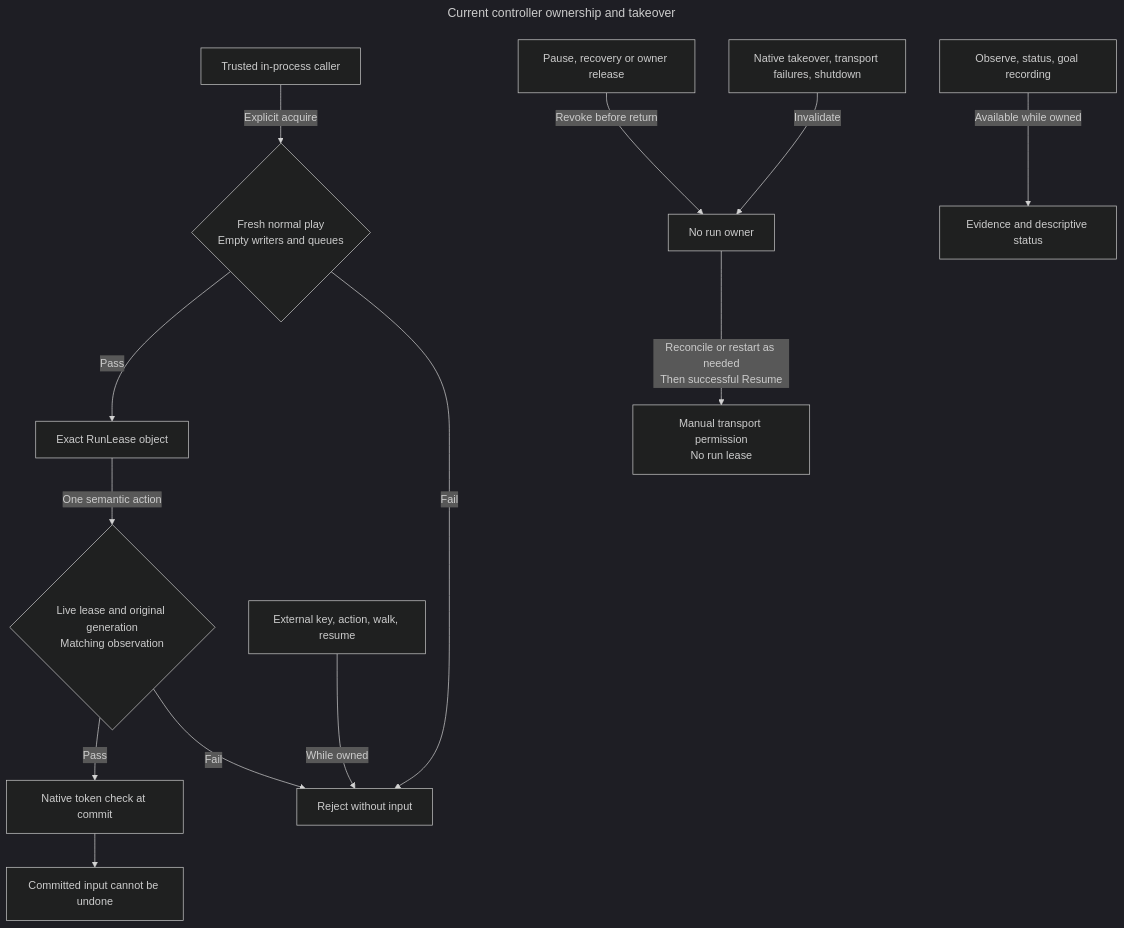
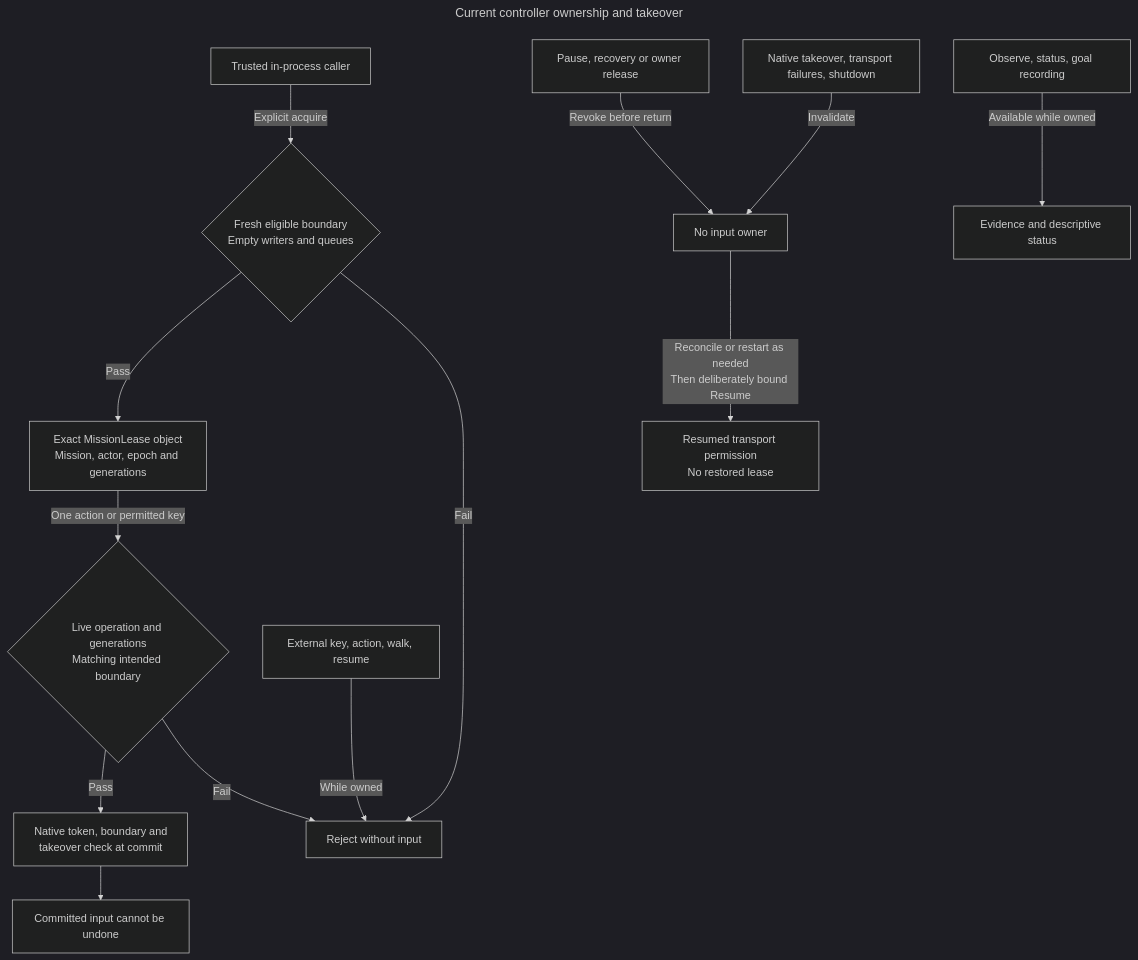
The diagram in docs/diagrams/run-ownership.mmd (CVX-Hull/enactive), drawn with Mermaid (dark theme) before and after one commit. The commit also changed 37 other files, not shown here.

Commit message:
Migrate mission authority and retained boundary evidence to wire4

```diff
--- a/docs/diagrams/run-ownership.mmd
+++ b/docs/diagrams/run-ownership.mmd
@@ -1,18 +1,18 @@
 ---
 title: Current controller ownership and takeover
 ---
 flowchart TD
-  accTitle: One run owns input until revoked
-  accDescr: A trusted caller acquires a process-local capability only with fresh normal-play evidence and empty queues. Its semantic action rechecks lease, admission generation and observed native authority. Competing external input is rejected. Observe, status and goal recording remain available. Pause and recovery revoke ownership, and native takeover, transport failures and shutdown invalidate it. Resume does not reacquire. Native commit cannot be undone. The run service is the trusted caller for explicitly admitted gameplay tasks.
-  Caller[Trusted in-process caller] -->|Explicit acquire| Gate{Fresh normal play<br/>Empty writers and queues}
-  Gate -->|Pass| Lease[Exact RunLease object]
+  accTitle: One mission operation owns input until revoked
+  accDescr: A trusted caller acquires a process-local capability only with fresh evidence eligible for its operation and empty queues. Navigation requires normal play; interaction and lifecycle can use supported menus. Each action or key rechecks the exact lease, host Pause and native takeover generations, and intended session/revision/boundary. Competing external input is rejected. Observe, status and goal recording remain available. Pause and recovery revoke ownership, and native takeover, transport failures and shutdown invalidate it. Resume does not reacquire. Native commit cannot be undone. The trusted runtime must separately admit the operation and lifecycle continuation; controller capability alone is not autonomous play.
+  Caller[Trusted in-process caller] -->|Explicit acquire| Gate{Fresh eligible boundary<br/>Empty writers and queues}
+  Gate -->|Pass| Lease[Exact MissionLease object<br/>Mission, actor, epoch and generations]
   Gate -->|Fail| Reject[Reject without input]
-  Lease -->|One semantic action| Check{Live lease and original generation<br/>Matching observation}
-  Check -->|Pass| Native[Native token check at commit]
+  Lease -->|One action or permitted key| Check{Live operation and generations<br/>Matching intended boundary}
+  Check -->|Pass| Native[Native token, boundary and<br/>takeover check at commit]
   Check -->|Fail| Reject
   External[External key, action, walk, resume] -->|While owned| Reject
-  Operator[Pause, recovery or owner release] -->|Revoke before return| Revoke[No run owner]
+  Operator[Pause, recovery or owner release] -->|Revoke before return| Revoke[No input owner]
   Invalidate[Native takeover, transport failures, shutdown] -->|Invalidate| Revoke
-  Revoke -->|Reconcile or restart as needed<br/>Then successful Resume| Manual[Manual transport permission<br/>No run lease]
+  Revoke -->|Reconcile or restart as needed<br/>Then deliberately bound Resume| Manual[Resumed transport permission<br/>No restored lease]
   Read[Observe, status, goal recording] -->|Available while owned| View[Evidence and descriptive status]
   Native --> Limit[Committed input cannot be undone]
```
